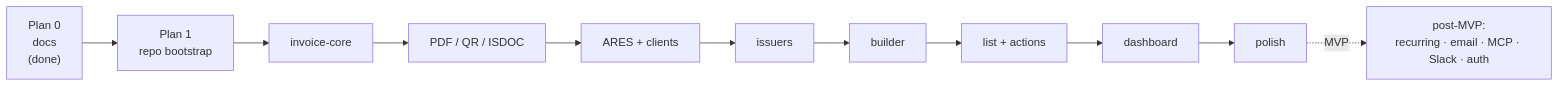
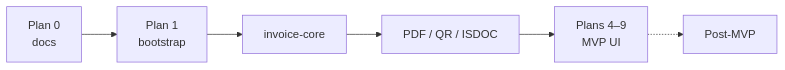
One commit to filipditrich/inveoiceyai changed the second of 2 diagrams in README.md. Above: the diagram before and after it, drawn with Mermaid. The commit also changed other lines of this file, not shown here.

````diff
--- a/README.md
+++ b/README.md
@@ -123,13 +207,8 @@
 ```mermaid
 flowchart LR
-    P0["Plan 0<br/>docs<br/>(done)"] --> P1["Plan 1<br/>repo bootstrap"]
+    P0["Plan 0<br/>docs"] --> P1["Plan 1<br/>bootstrap"]
     P1 --> P2["invoice-core"]
     P2 --> P3["PDF / QR / ISDOC"]
-    P3 --> P4["ARES + clients"]
-    P4 --> P5["issuers"]
-    P5 --> P6["builder"]
-    P6 --> P7["list + actions"]
-    P7 --> P8["dashboard"]
-    P8 --> P9["polish"]
-    P9 -.MVP.-> Post["post-MVP:<br/>recurring · email · MCP · Slack · auth"]
+    P3 --> P9["Plans 4–9<br/>MVP UI"]
+    P9 -.-> Post["Post-MVP"]
 ```
````
